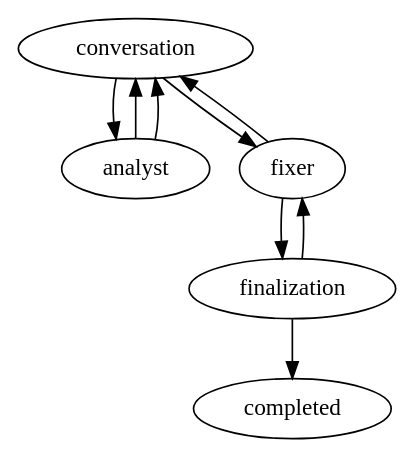
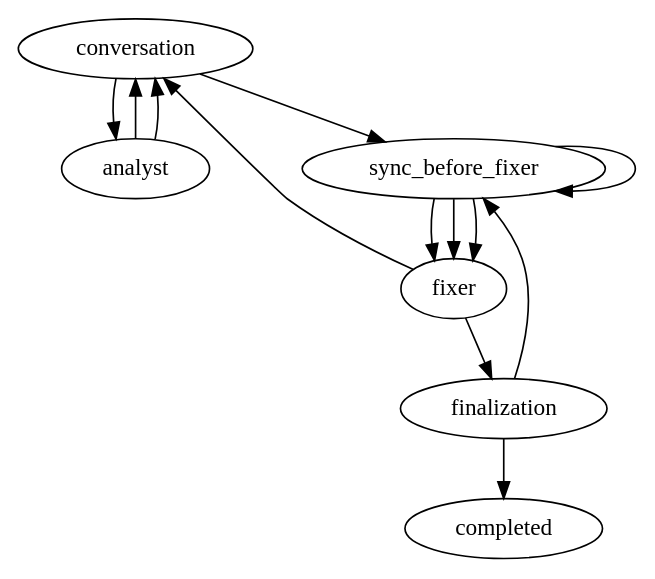
The diagram in teams/dotnet-web/v1.0.0/bug/bug.dot (marioatcloudvane/litefactory), drawn with Graphviz before and after one commit. The commit also changed 1006 other files, not shown here.

```diff
--- a/teams/dotnet-web/v1.0.0/bug/bug.dot
+++ b/teams/dotnet-web/v1.0.0/bug/bug.dot
@@ -1,19 +1,24 @@
 // One conversation, one bounded fixer invocation, automatic factory delivery.
 // Questions and all stopping outcomes park at their origin. Owner guidance
 // resumes that origin once; only exact approval releases an unapproved repair.
 digraph bug {
  graph [team="dotnet-web",workflow="bug",profile_version="2",start="conversation"];
  conversation [lf_action="lf_loop",lf_contract="owner_conversation",lf_outcomes="analyse,approved,blocked",lf_limit="64",lf_park="owner",lf_stop="blocked,failed,invalid,exhausted"];
  analyst [lf_action="lf_agent",lf_agent_markdown="bug-analyst",lf_skills="bug-analysis-result,dotnet-web-engineering",lf_model_tier="flagship",lf_access="read",lf_response="result",lf_outcomes="ask,done,blocked",lf_limit="8",lf_park="owner",lf_stop="blocked,failed,invalid,exhausted"];
+ sync_before_fixer [lf_action="lf_sync_base",lf_outcomes="synced,current,conflict,retry,deferred",lf_limit="8",lf_park="owner",lf_stop="conflict,failed,invalid,exhausted"];
  fixer [lf_action="lf_agent",lf_agent_markdown="bug-fixer",lf_skills="bug-repair-result,dotnet-web-engineering",lf_response="result",lf_outcomes="succeeded,reshape,blocked",lf_limit="3",lf_park="owner",lf_stop="blocked,failed,invalid,exhausted"];
  finalization [lf_action="lf_bug_finalize",lf_owner_continuation="required",lf_outcomes="completed,revalidate,stale,blocked",lf_limit="16",lf_park="owner",lf_stop="blocked,failed,invalid,exhausted,stale"];
  completed [lf_terminal="true"];
  conversation -> analyst [lf_on="analyse"];
- conversation -> fixer [lf_on="approved"];
+ conversation -> sync_before_fixer [lf_on="approved"];
  analyst -> conversation [lf_on="ask"];
  analyst -> conversation [lf_on="done"];
  fixer -> conversation [lf_on="reshape"];
  fixer -> finalization [lf_on="succeeded"];
- finalization -> fixer [lf_on="revalidate"];
+ finalization -> sync_before_fixer [lf_on="revalidate"];
+ sync_before_fixer -> fixer [lf_on="synced"];
+ sync_before_fixer -> fixer [lf_on="current"];
+ sync_before_fixer -> fixer [lf_on="deferred"];
+ sync_before_fixer -> sync_before_fixer [lf_on="retry"];
  finalization -> completed [lf_on="completed"];
 }
```
